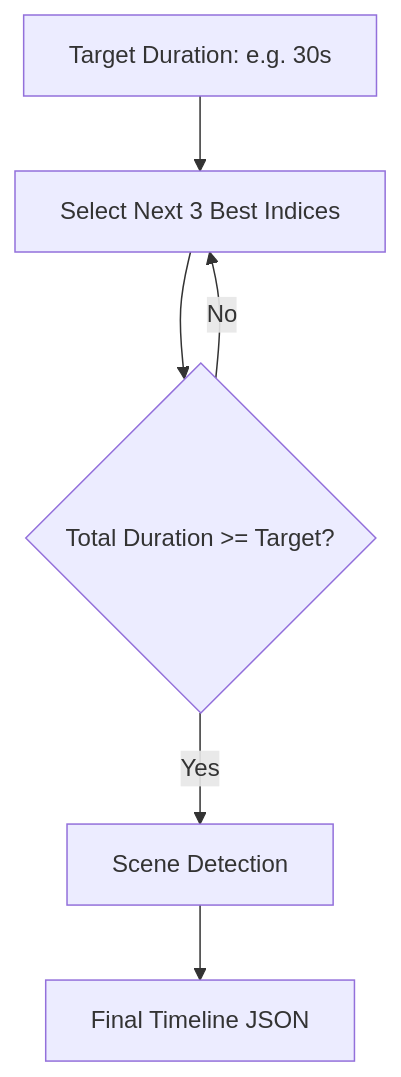
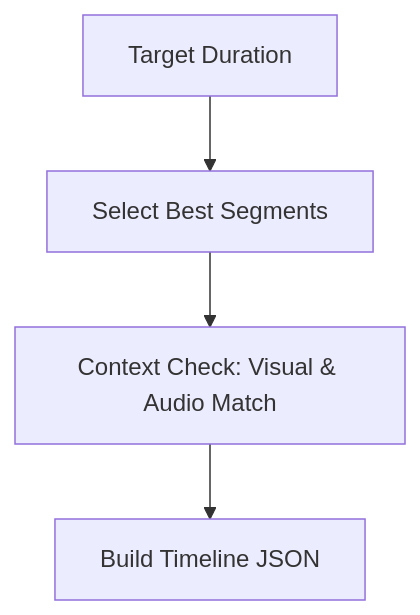
One commit to navidshad/vgtu-video-summarization changed the fifth of 6 diagrams in docs/architecture.md. Above: the diagram before and after it, drawn with Mermaid. The commit also changed other lines of this file, not shown here.

Commit message:
docs: Introduce a new 'Context Enrichment' phase, renumber pipeline stages, and update detailed descriptions and diagrams for each phase.

````diff
--- a/docs/architecture.md
+++ b/docs/architecture.md
@@ -71,8 +99,6 @@
 ```mermaid
 graph TD
-    Start[Target Duration: e.g. 30s] --> Search[Select Next 3 Best Indices]
-    Search --> Check{Total Duration >= Target?}
-    Check -- No --> Search
-    Check -- Yes --> Scenes[Scene Detection]
-    Scenes --> Final[Final Timeline JSON]
+    Start[Target Duration] --> Search[Select Best Segments]
+    Search --> Filter[Context Check: Visual & Audio Match]
+    Filter --> Assemble[Build Timeline JSON]
 ```
````
